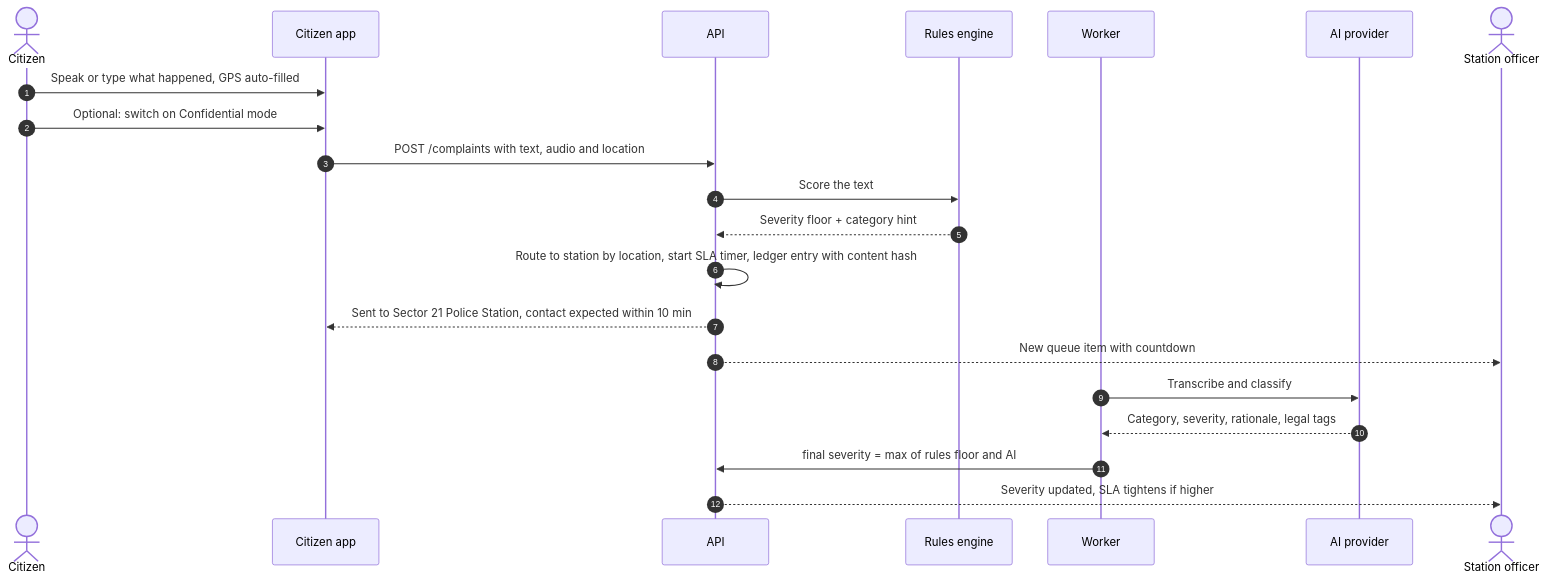
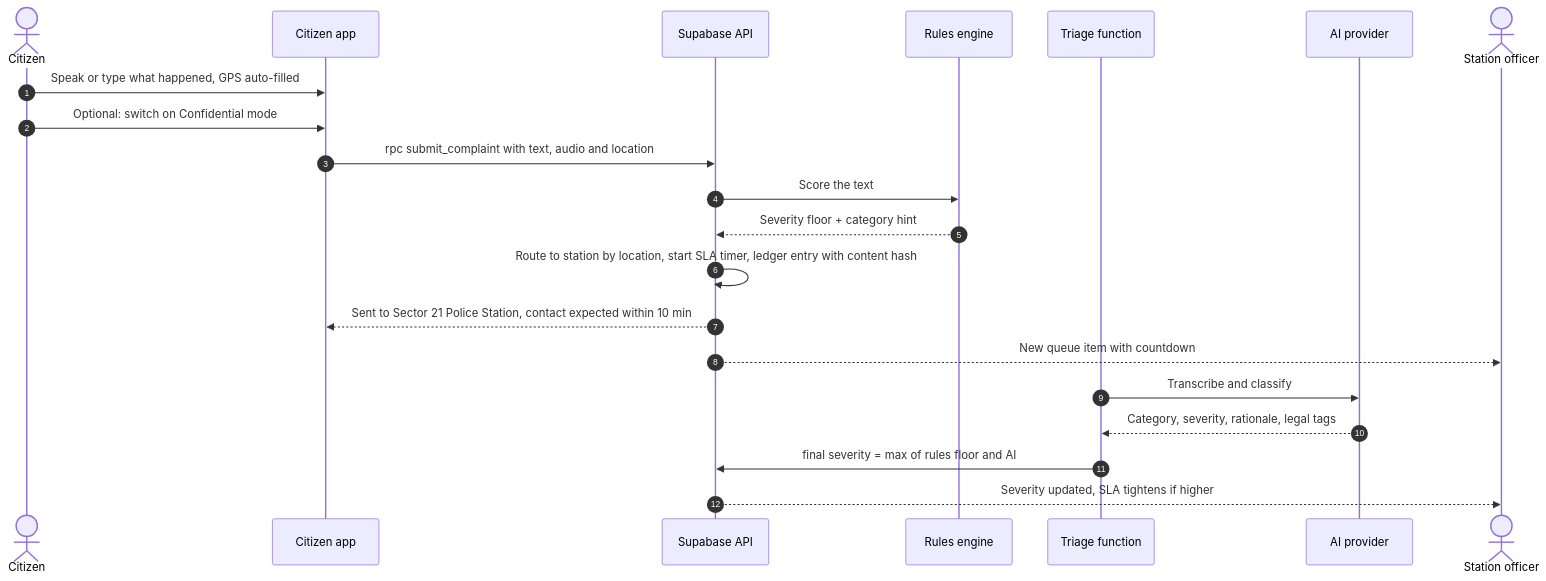
Before and after one commit to snehaa006/women-s-safety-: the fifth of 14 diagrams in docs/03-workflows.md, drawn with Mermaid. The commit also changed other lines of this file and 10 other files, not shown here.

````diff
--- a/docs/03-workflows.md
+++ b/docs/03-workflows.md
@@ -151,24 +151,24 @@
 ```mermaid
 sequenceDiagram
   autonumber
   actor U as Citizen
   participant App as Citizen app
-  participant API as API
+  participant API as Supabase API
   participant R as Rules engine
-  participant W as Worker
+  participant W as Triage function
   participant AI as AI provider
   actor O as Station officer
 
   U->>App: Speak or type what happened, GPS auto-filled
   U->>App: Optional: switch on Confidential mode
-  App->>API: POST /complaints with text, audio and location
+  App->>API: rpc submit_complaint with text, audio and location
   API->>R: Score the text
   R-->>API: Severity floor + category hint
   API->>API: Route to station by location, start SLA timer, ledger entry with content hash
   API-->>App: Sent to Sector 21 Police Station, contact expected within 10 min
   API-->>O: New queue item with countdown
   W->>AI: Transcribe and classify
   AI-->>W: Category, severity, rationale, legal tags
   W->>API: final severity = max of rules floor and AI
   API-->>O: Severity updated, SLA tightens if higher
 ```
````
